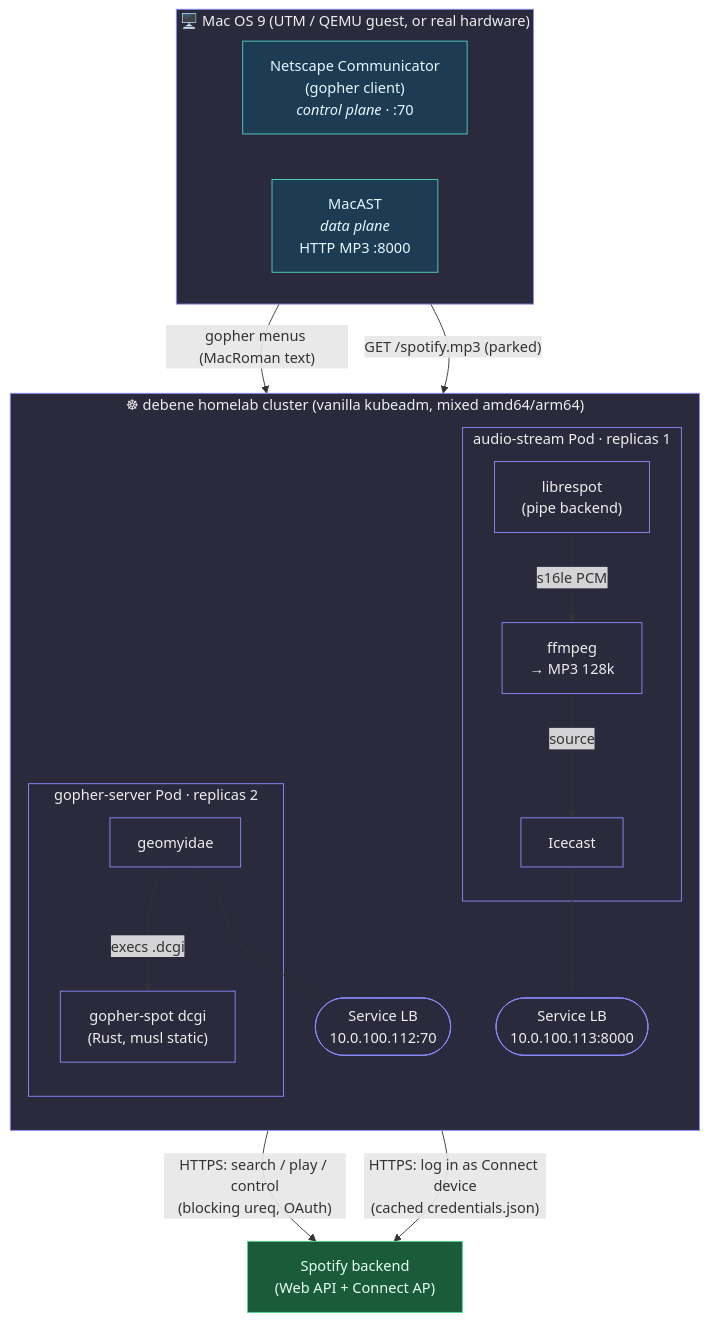
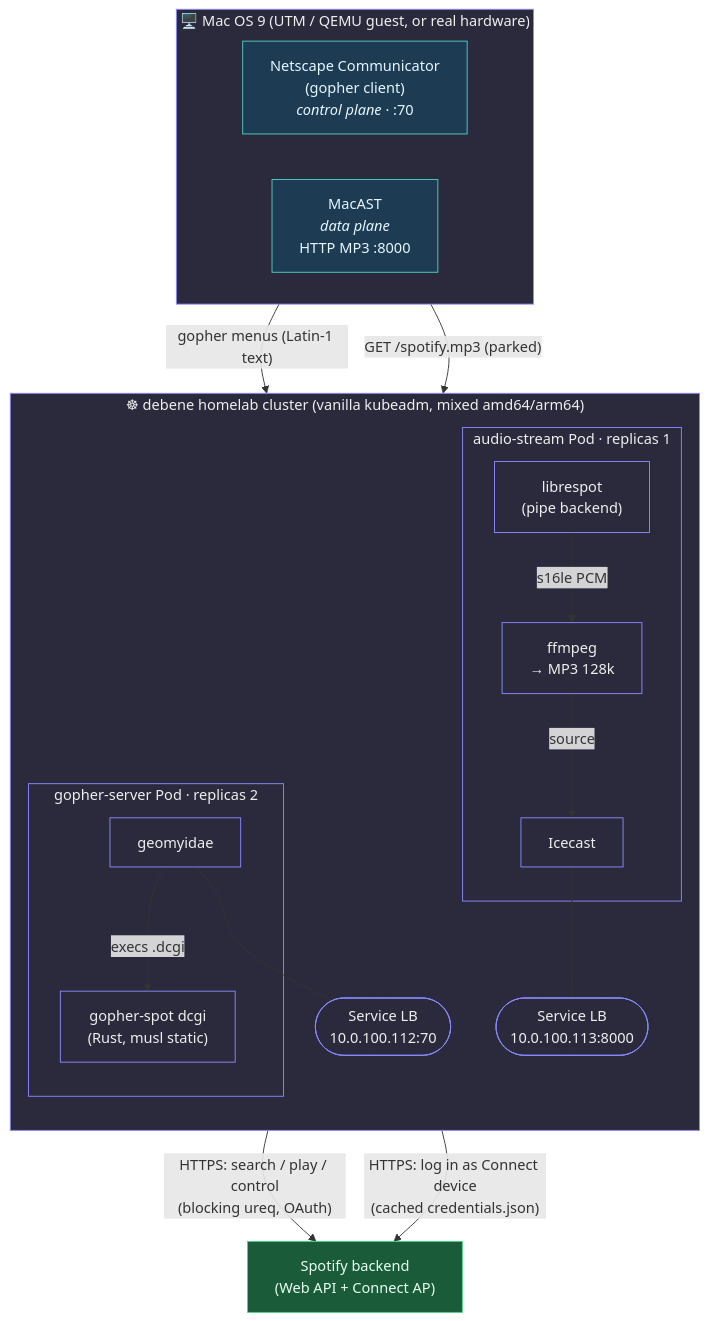
Before and after one commit to felipedbene/gopher-spot: the first of 6 diagrams in README.md, drawn with Mermaid. The commit also changed other lines of this file, not shown here.

First line of the commit message:
docs(readme): resync with the machine API, Latin-1, and current scale

````diff
--- a/README.md
+++ b/README.md
@@ -41,36 +42,36 @@
 ```mermaid
 flowchart TB
     subgraph os9["🖥️  Mac OS 9  (UTM / QEMU guest, or real hardware)"]
         direction LR
         TG["Netscape Communicator<br/>(gopher client)<br/><i>control plane</i> · :70"]
         AU["MacAST<br/><i>data plane</i><br/>HTTP MP3 :8000"]
     end
 
     subgraph k8s["☸  debene homelab cluster  (vanilla kubeadm, mixed amd64/arm64)"]
         direction TB
         subgraph gsp["gopher-server Pod ·  replicas 2"]
             GEO["geomyidae"] -->|execs .dcgi| DCGI["gopher-spot dcgi<br/>(Rust, musl static)"]
         end
         subgraph asp["audio-stream Pod ·  replicas 1"]
             LS["librespot<br/>(pipe backend)"] -->|s16le PCM| FF["ffmpeg<br/>→ MP3 128k"] -->|source| IC["Icecast"]
         end
         LB1(["Service LB<br/>10.0.100.112:70"])
         LB2(["Service LB<br/>10.0.100.113:8000"])
         GEO --- LB1
         IC --- LB2
     end
 
     SPOT["Spotify backend<br/>(Web API + Connect AP)"]
 
-    TG -- "gopher menus (MacRoman text)" --> LB1
+    TG -- "gopher menus (Latin-1 text)" --> LB1
     AU -- "GET /spotify.mp3 (parked)" --> LB2
     DCGI -- "HTTPS: search / play / control<br/>(blocking ureq, OAuth)" --> SPOT
     LS  -- "HTTPS: log in as Connect device<br/>(cached credentials.json)" --> SPOT
 
     classDef os fill:#1d3b53,stroke:#4fd1c5,color:#e6f6ff
     classDef cluster fill:#2a2a3c,stroke:#8b8bff,color:#eee
     classDef ext fill:#1a5c3a,stroke:#4fd18b,color:#e6fff0
     class TG,AU os
     class GEO,DCGI,LS,FF,IC,LB1,LB2 cluster
     class SPOT ext
 ```
````
